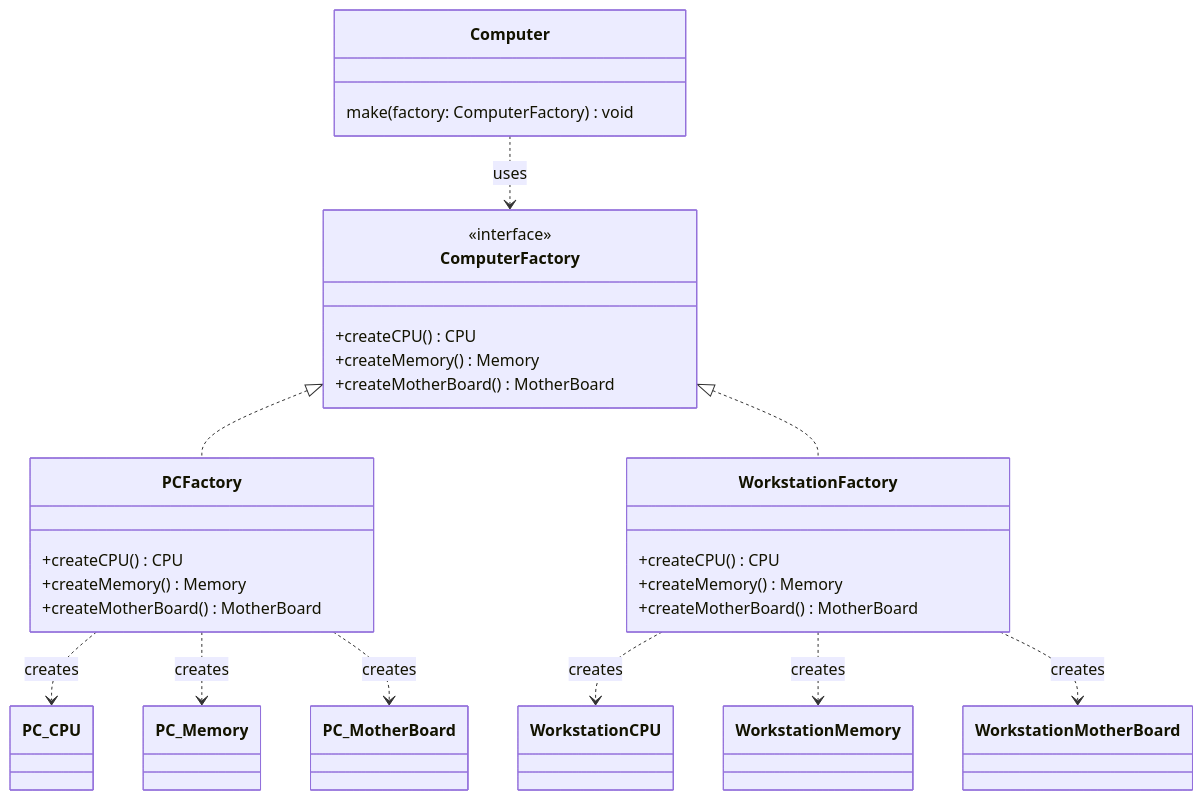
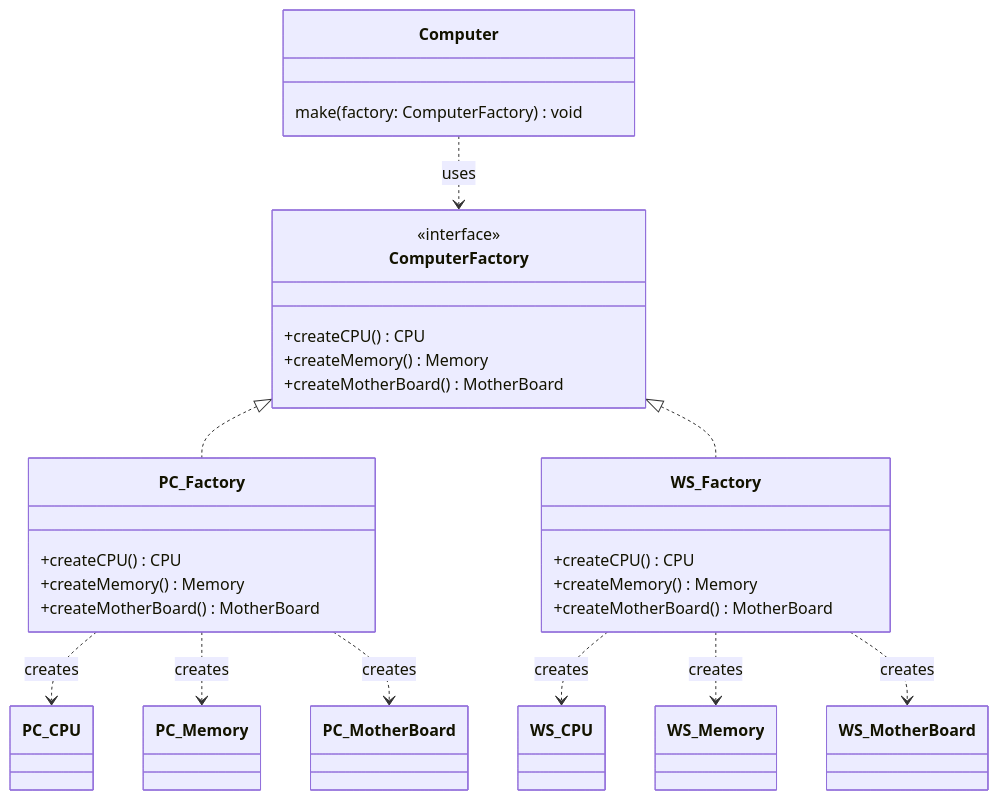
One commit to nlhsueh/teach_sw_fw changed the third of 4 diagrams in Part4_PatternCreation/ch12_af.md. Above: the diagram before and after it, drawn with Mermaid. The commit also changed other lines of this file and 47 other files, not shown here.

Commit message:
Refactor Chapters 14-17: Localize images, extract code blocks to src, convert PlantUML to Mermaid, and reorganize MLB exercise solution

````diff
--- a/Part4_PatternCreation/ch12_af.md
+++ b/Part4_PatternCreation/ch12_af.md
@@ -131,33 +134,33 @@
 ```mermaid
 classDiagram
     class Computer {
         make(factory: ComputerFactory) void
     }
     class ComputerFactory {
         <<interface>>
         +createCPU() CPU
         +createMemory() Memory
         +createMotherBoard() MotherBoard
     }
-    class PCFactory {
+    class PC_Factory {
         +createCPU() CPU
         +createMemory() Memory
         +createMotherBoard() MotherBoard
     }
-    class WorkstationFactory {
+    class WS_Factory {
         +createCPU() CPU
         +createMemory() Memory
         +createMotherBoard() MotherBoard
     }
-    ComputerFactory <|.. PCFactory
-    ComputerFactory <|.. WorkstationFactory
+    ComputerFactory <|.. PC_Factory
+    ComputerFactory <|.. WS_Factory
     Computer ..> ComputerFactory : uses
     
-    PCFactory ..> PC_CPU : creates
-    PCFactory ..> PC_Memory : creates
-    PCFactory ..> PC_MotherBoard : creates
+    PC_Factory ..> PC_CPU : creates
+    PC_Factory ..> PC_Memory : creates
+    PC_Factory ..> PC_MotherBoard : creates
     
-    WorkstationFactory ..> WorkstationCPU : creates
-    WorkstationFactory ..> WorkstationMemory : creates
-    WorkstationFactory ..> WorkstationMotherBoard : creates
+    WS_Factory ..> WS_CPU : creates
+    WS_Factory ..> WS_Memory : creates
+    WS_Factory ..> WS_MotherBoard : creates
 ```
````
